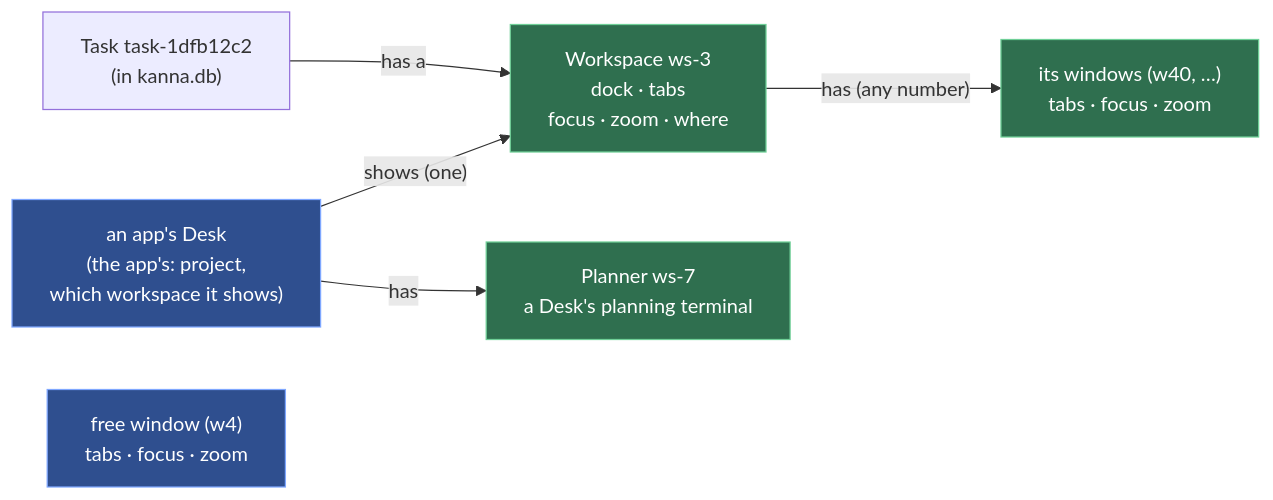
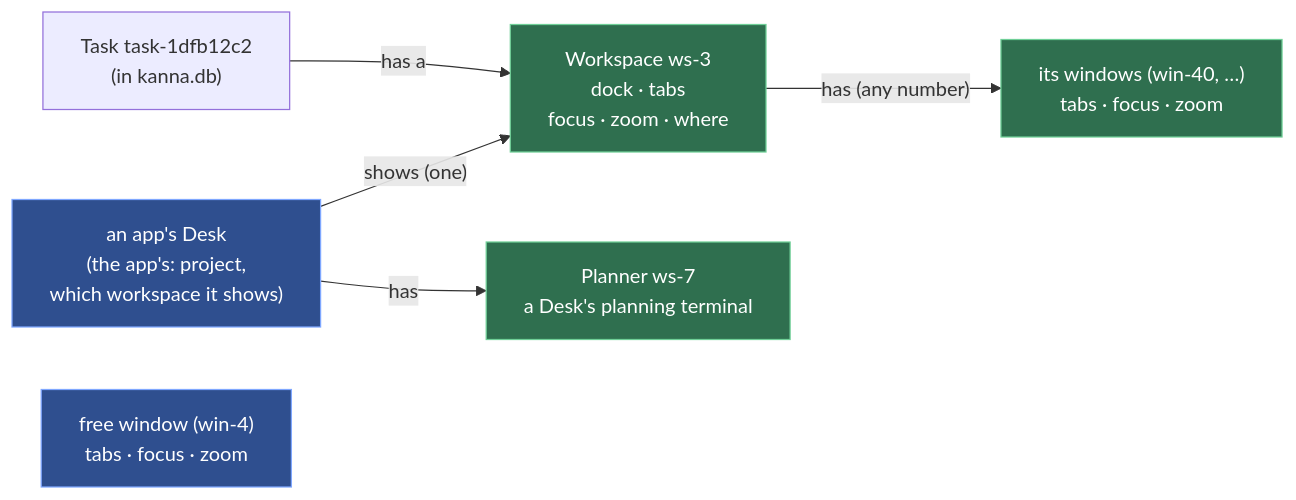
The first of 3 diagrams in docs/specs/workspaces.md (tampopogk/kanna), drawn with Mermaid before and after one commit. The commit also changed other lines of this file and 43 other files, not shown here.

````diff
--- a/docs/specs/workspaces.md
+++ b/docs/specs/workspaces.md
@@ -22,17 +22,17 @@
 ```mermaid
 flowchart LR
     DW["an app's Desk<br/>(the app's: project,<br/>which workspace it shows)"]
     T["Task task-1dfb12c2<br/>(in kanna.db)"]
     WS["Workspace ws-3<br/>dock · tabs<br/>focus · zoom · where"]
     PW["Planner ws-7<br/>a Desk's planning terminal"]
-    OW["its windows (w40, …)<br/>tabs · focus · zoom"]
-    FW["free window (w4)<br/>tabs · focus · zoom"]
+    OW["its windows (win-40, …)<br/>tabs · focus · zoom"]
+    FW["free window (win-4)<br/>tabs · focus · zoom"]
     T -->|"has a"| WS
     DW -->|"shows (one)"| WS
     DW -->|"has"| PW
     WS -->|"has (any number)"| OW
     classDef ours fill:#2f6f4f,stroke:#6fcf97,color:#ffffff
     classDef plain fill:#2f4f8f,stroke:#7fa7ff,color:#ffffff
     class WS,OW,PW ours
     class DW,FW plain
 ```
````
